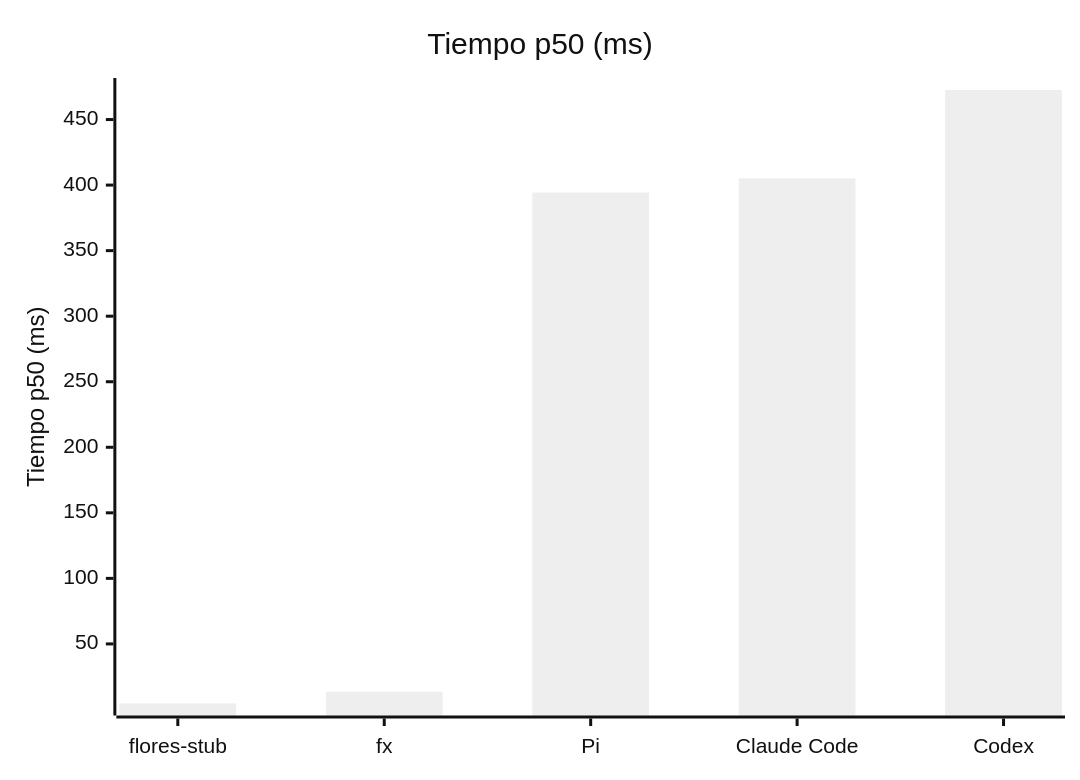
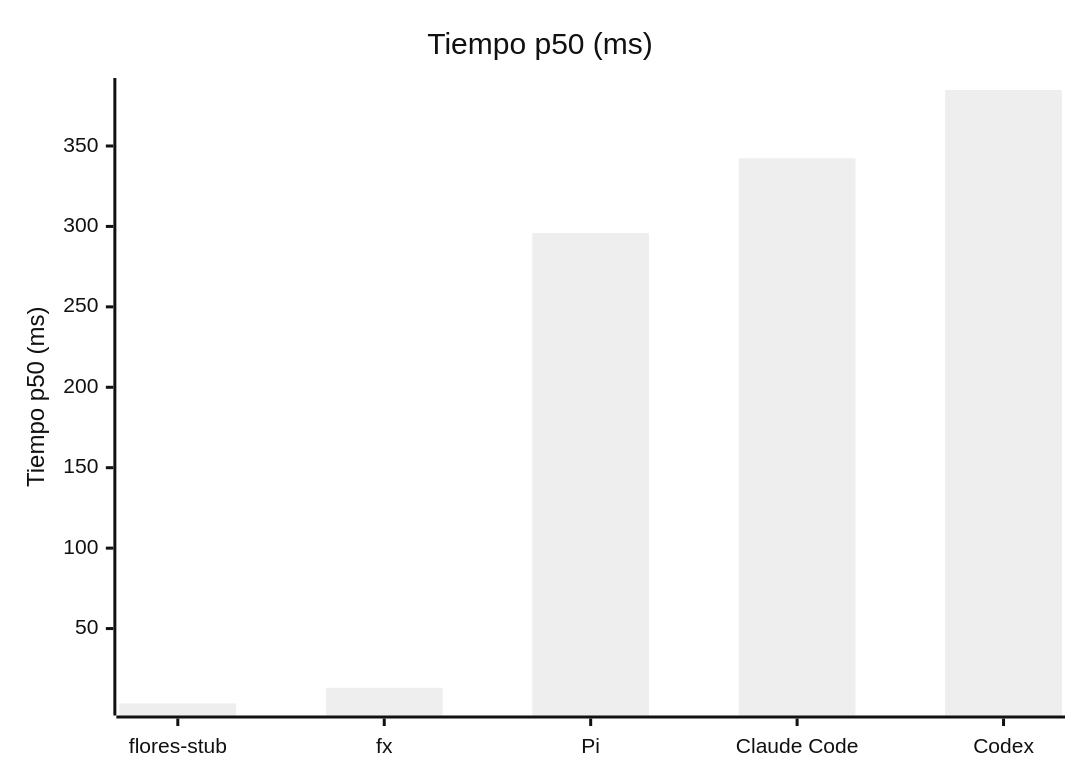
Before and after one commit to sfloresone/flores: the first of 6 diagrams in benchmarks/published/README.md, drawn with Mermaid (neutral theme). The commit also changed other lines of this file and 6 other files, not shown here.

````diff
--- a/benchmarks/published/README.md
+++ b/benchmarks/published/README.md
@@ -109,7 +109,7 @@
 ```mermaid
 xychart-beta
     title "Tiempo p50 (ms)"
     x-axis ["flores-stub", "fx", "Pi", "Claude Code", "Codex"]
     y-axis "Tiempo p50 (ms)"
-    bar [4.55, 13.58, 394.35, 405.10, 472.54]
+    bar [3.41, 13.15, 295.95, 342.36, 384.81]
 ```
````
